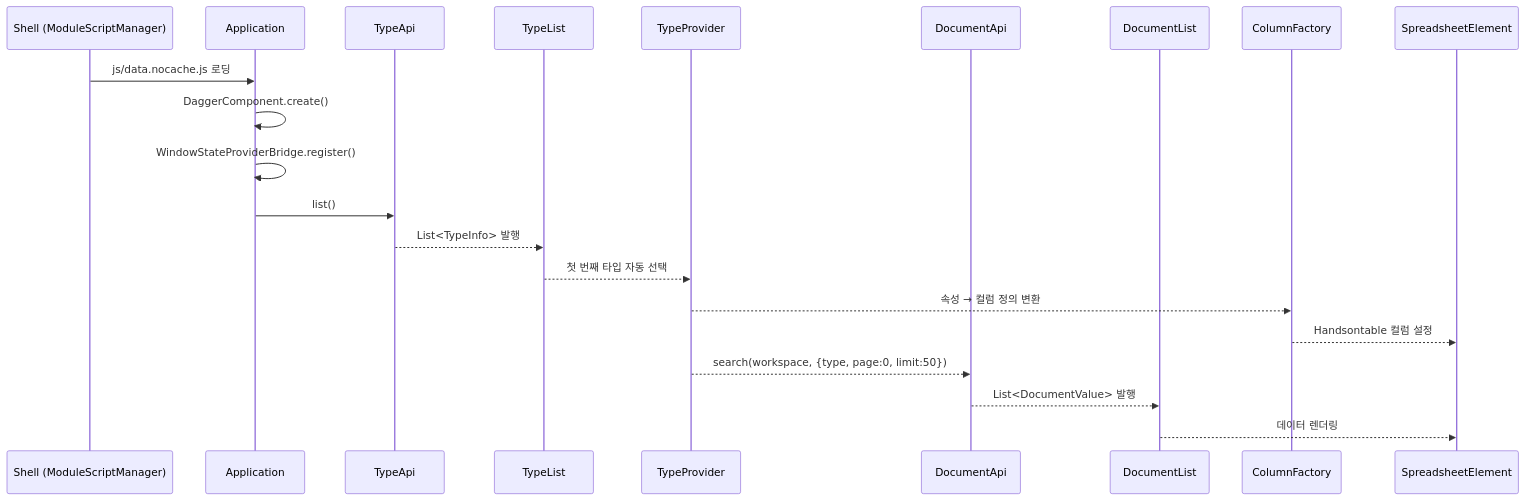
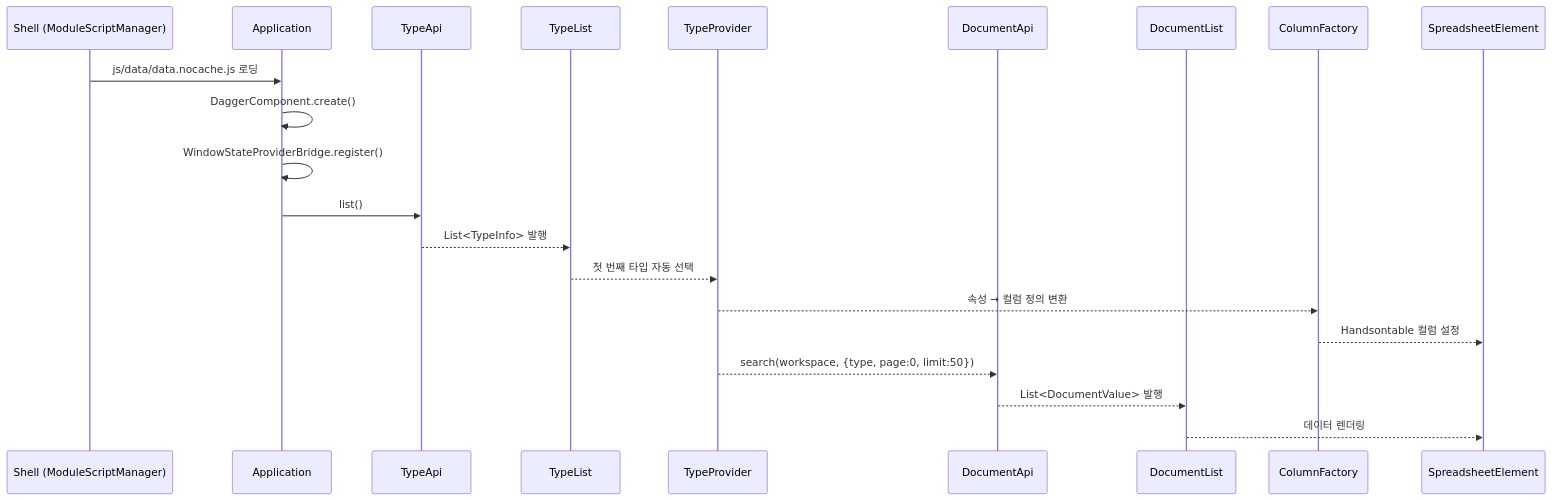
One commit to sayaya1090/handbook changed the first of 9 diagrams in document-ui/USECASE.md. Above: the diagram before and after it, drawn with Mermaid. The commit also changed other lines of this file and 6 other files, not shown here.

````diff
--- a/document-ui/USECASE.md
+++ b/document-ui/USECASE.md
@@ -5,24 +5,24 @@
 ```mermaid
 sequenceDiagram
     participant Shell as Shell (ModuleScriptManager)
     participant App as Application
     participant TA as TypeApi
     participant TL as TypeList
     participant TP as TypeProvider
     participant DA as DocumentApi
     participant DL as DocumentList
     participant CF as ColumnFactory
     participant Sheet as SpreadsheetElement
 
-    Shell->>App: js/data.nocache.js 로딩
+    Shell->>App: js/data/data.nocache.js 로딩
     App->>App: DaggerComponent.create()
     App->>App: WindowStateProviderBridge.register()
     App->>TA: list()
     TA-->>TL: List<TypeInfo> 발행
     TL-->>TP: 첫 번째 타입 자동 선택
     TP-->>CF: 속성 → 컬럼 정의 변환
     CF-->>Sheet: Handsontable 컬럼 설정
     TP-->>DA: search(workspace, {type, page:0, limit:50})
     DA-->>DL: List<DocumentValue> 발행
     DL-->>Sheet: 데이터 렌더링
 ```
````
